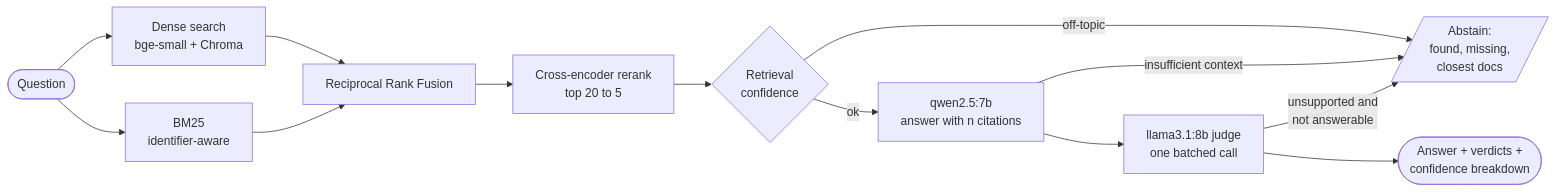
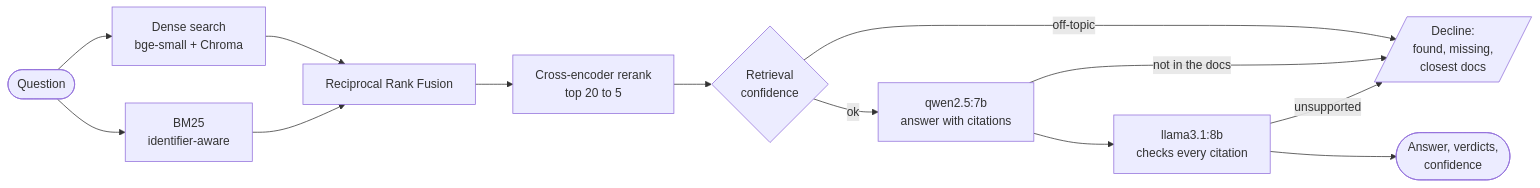
One commit to pentiumcoder/hy-rag changed the diagram in README.md. Above: the diagram before and after it, drawn with Mermaid. The commit also changed other lines of this file and 11 other files, not shown here.

````diff
--- a/README.md
+++ b/README.md
@@ -36,15 +33,15 @@
 ```mermaid
 flowchart LR
     Q([Question]) --> D[Dense search<br/>bge-small + Chroma]
     Q --> S[BM25<br/>identifier-aware]
     D --> F[Reciprocal Rank Fusion]
     S --> F
     F --> R[Cross-encoder rerank<br/>top 20 to 5]
     R --> G{Retrieval<br/>confidence}
-    G -- off-topic --> A1[/Abstain:<br/>found, missing,<br/>closest docs/]
-    G -- ok --> L[qwen2.5:7b<br/>answer with n citations]
-    L -- insufficient context --> A1
-    L --> V[llama3.1:8b judge<br/>one batched call]
-    V -- unsupported and<br/>not answerable --> A1
-    V --> C([Answer + verdicts +<br/>confidence breakdown])
+    G -- off-topic --> A1[/Decline:<br/>found, missing,<br/>closest docs/]
+    G -- ok --> L[qwen2.5:7b<br/>answer with citations]
+    L -- not in the docs --> A1
+    L --> V[llama3.1:8b<br/>checks every citation]
+    V -- unsupported --> A1
+    V --> C([Answer, verdicts,<br/>confidence])
 ```
````
